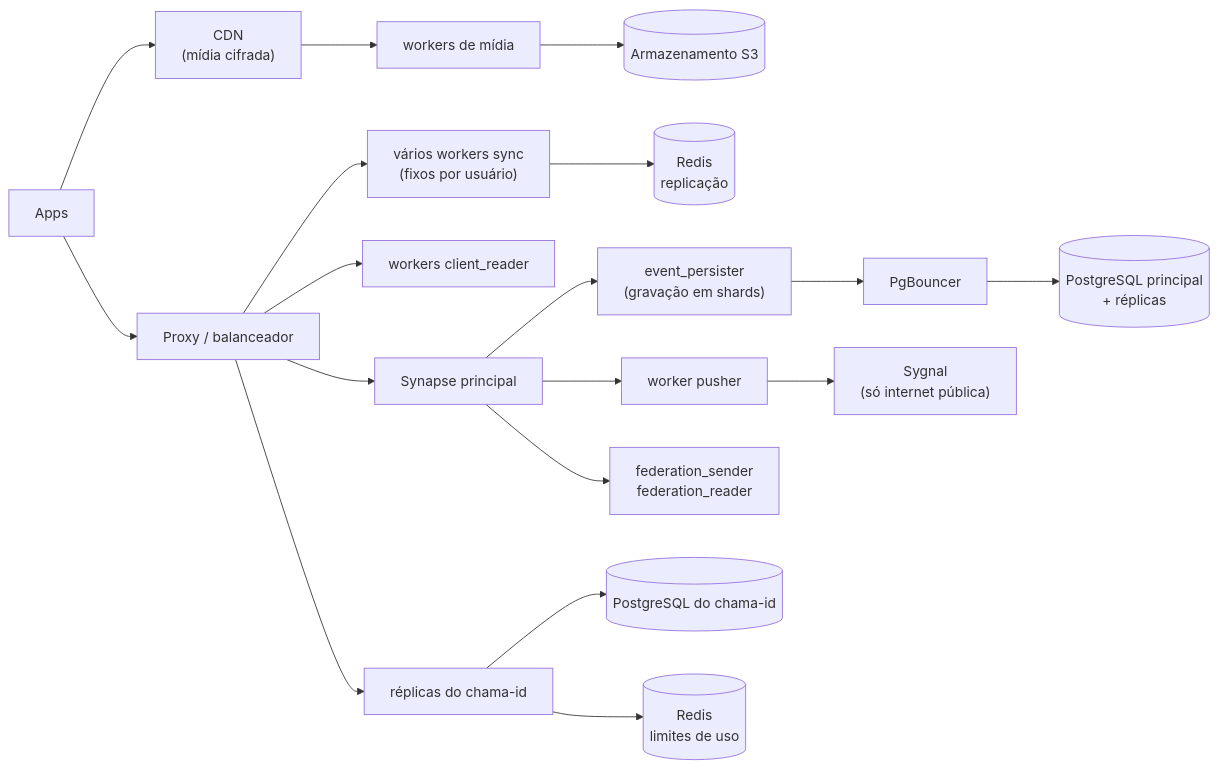
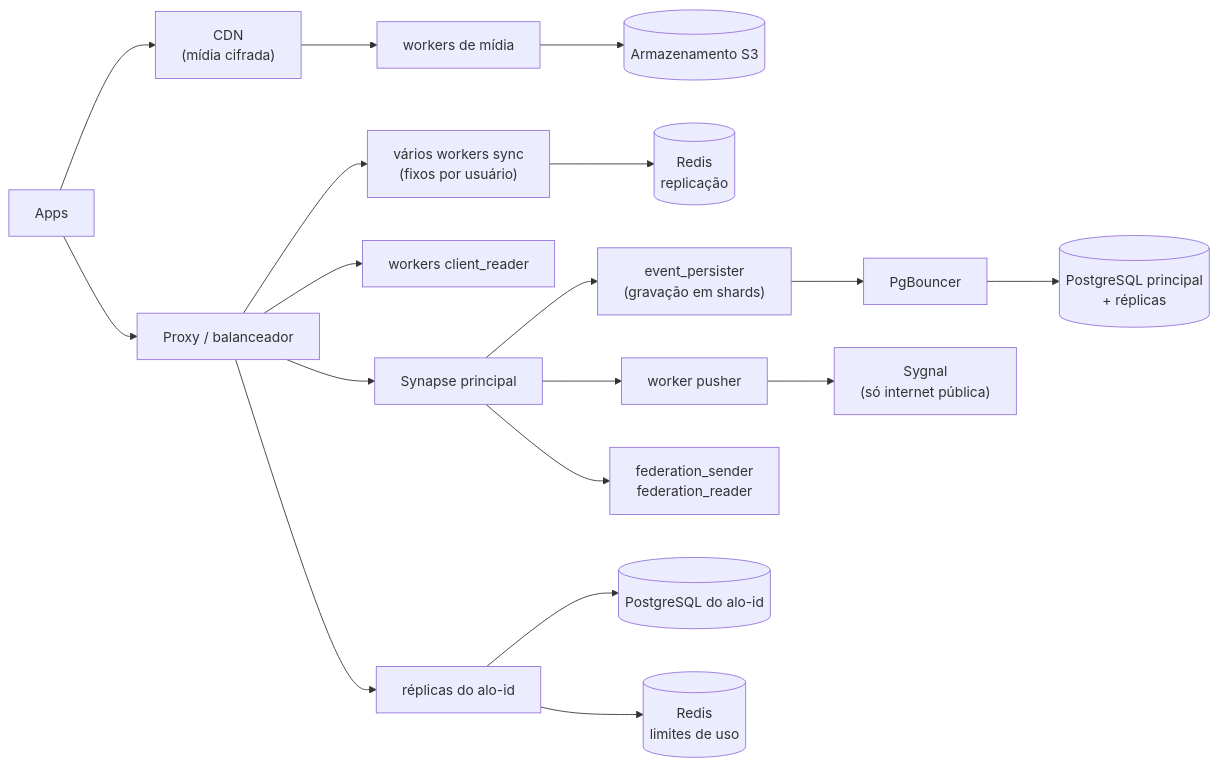
One commit to kaiomp/alo changed the seventh of 8 diagrams in docs/design/2026-10-24-architecture.md. Above: the diagram before and after it, drawn with Mermaid. The commit also changed other lines of this file and 153 other files, not shown here.

First line of the commit message:
Rename chama to alo across code, packages, server and docs

````diff
--- a/docs/design/2026-10-24-architecture.md
+++ b/docs/design/2026-10-24-architecture.md
@@ -700,18 +700,18 @@
 ```mermaid
 flowchart LR
     users["Apps"] --> cdn["CDN<br/>(mídia cifrada)"]
     users --> lb["Proxy / balanceador"]
     cdn --> mediaw["workers de mídia"]
     lb --> syncw["vários workers sync<br/>(fixos por usuário)"]
     lb --> crw["workers client_reader"]
     lb --> main["Synapse principal"]
-    lb --> idr["réplicas do chama-id"]
+    lb --> idr["réplicas do alo-id"]
     main --> ep["event_persister<br/>(gravação em shards)"]
     main --> pw["worker pusher"] --> sy["Sygnal<br/>(só internet pública)"]
     main --> fed["federation_sender<br/>federation_reader"]
     mediaw --> s3[("Armazenamento S3")]
     ep --> pgb["PgBouncer"] --> pgp[("PostgreSQL principal<br/>+ réplicas")]
-    idr --> idpg[("PostgreSQL do chama-id")]
+    idr --> idpg[("PostgreSQL do alo-id")]
     idr --> rl[("Redis<br/>limites de uso")]
     syncw --> redis[("Redis<br/>replicação")]
 ```
````
